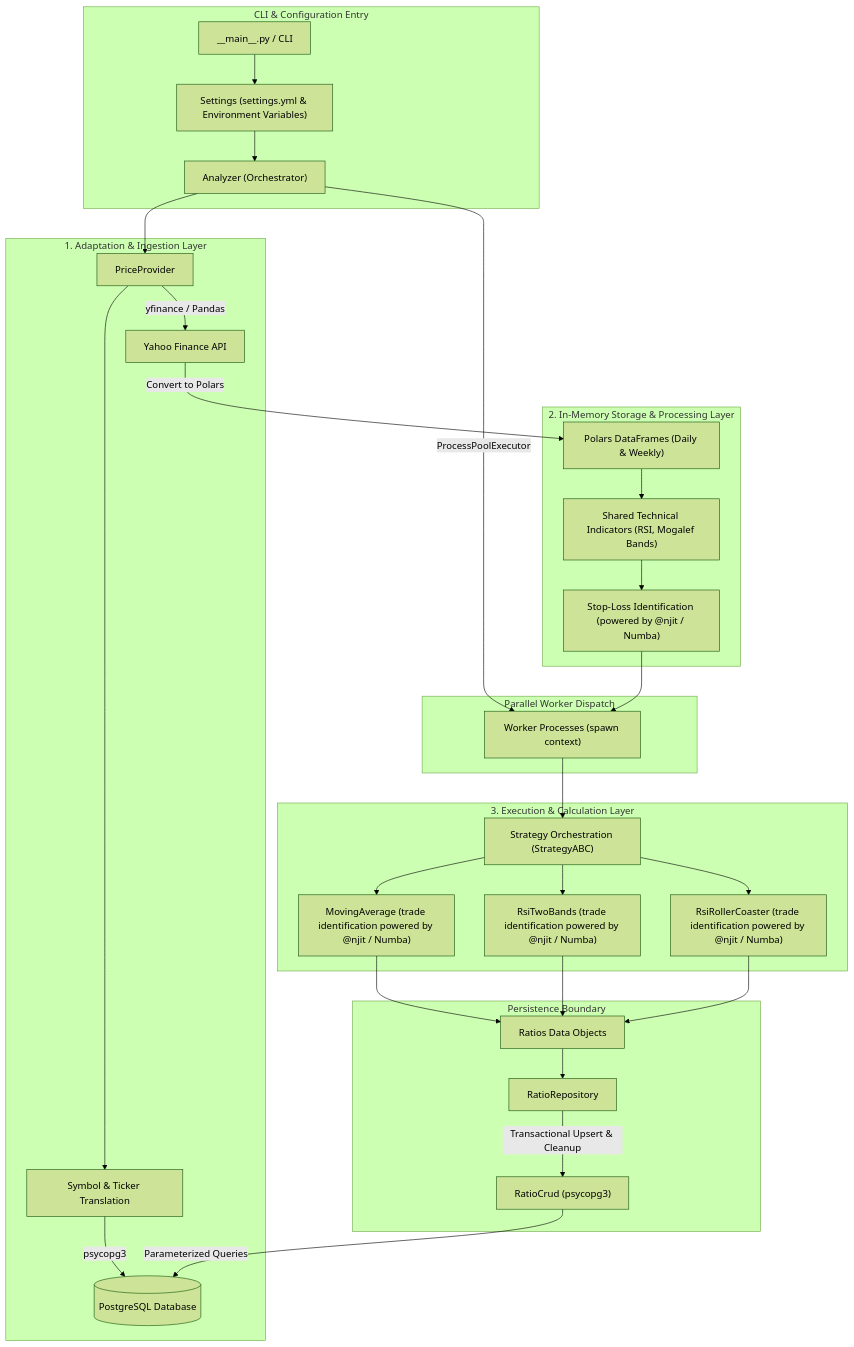
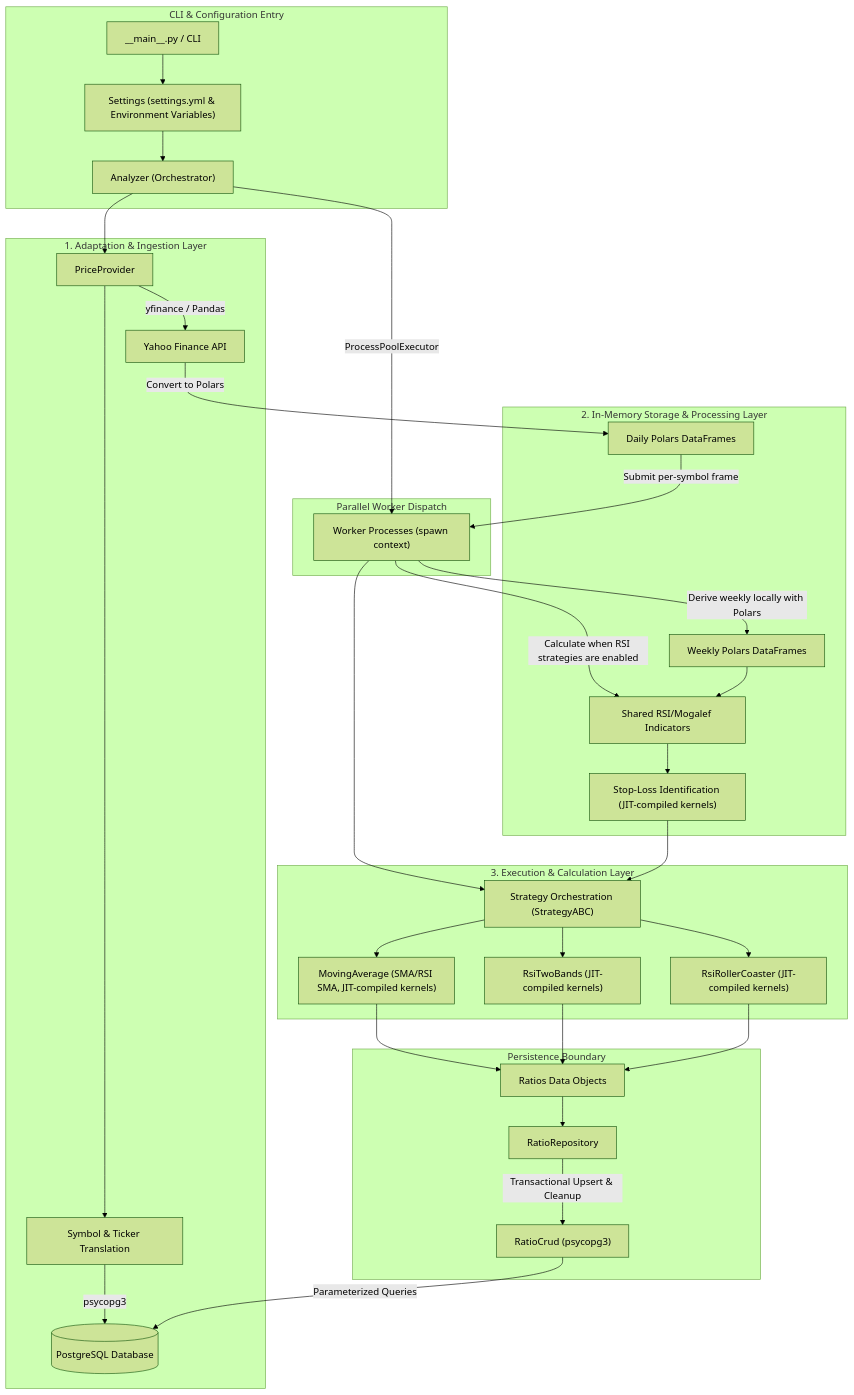
The diagram in README.md (NestorDR/radar-core), drawn with Mermaid (forest theme) before and after one commit. The commit also changed other lines of this file and 1 other file, not shown here.

Commit message:
Refine README to enhance accuracy of technical descriptions and architecture details.

````diff
--- a/README.md
+++ b/README.md
@@ -80,41 +80,44 @@
 ```mermaid
 flowchart TD
     subgraph CLI ["CLI & Configuration Entry"]
         Main["__main__.py / CLI"] --> Settings["Settings (settings.yml & Environment Variables)"]
         Settings --> Analyzer["Analyzer (Orchestrator)"]
     end
 
     subgraph DataIngestion ["1. Adaptation & Ingestion Layer"]
         Analyzer --> PriceProvider["PriceProvider"]
         PriceProvider --> SymbolMapping["Symbol & Ticker Translation"]
         SymbolMapping -->|psycopg3| DB[("PostgreSQL Database")]
         PriceProvider -->|yfinance / Pandas| YFinance["Yahoo Finance API"]
     end
 
-    subgraph Storage ["2. In-Memory Storage & Processing Layer"]
-        YFinance -->|Convert to Polars| PolarsData["Polars DataFrames (Daily & Weekly)"]
-        PolarsData --> TechnicalIndicators["Shared Technical Indicators (RSI, Mogalef Bands)"]
-        TechnicalIndicators --> StopLoss["Stop-Loss Identification (powered by @njit / Numba)"]
+    subgraph Concurrency ["Parallel Worker Dispatch"]
+        Analyzer -->|ProcessPoolExecutor| ParallelWorkers["Worker Processes (spawn context)"]
     end
 
-    subgraph Concurrency ["Parallel Worker Dispatch"]
-        Analyzer -->|ProcessPoolExecutor| ParallelWorkers["Worker Processes (spawn context)"]
-        StopLoss --> ParallelWorkers
+    subgraph Storage ["2. In-Memory Storage & Processing Layer"]
+        YFinance -->|Convert to Polars| DailyPolarsData["Daily Polars DataFrames"]
+        DailyPolarsData -->|Submit per-symbol frame| ParallelWorkers
+        ParallelWorkers -->|Derive weekly locally with Polars| PolarsWeeklyData["Weekly Polars DataFrames"]
+        ParallelWorkers -->|Calculate when RSI strategies are enabled| TechnicalIndicators["Shared RSI/Mogalef Indicators"]
+        PolarsWeeklyData --> TechnicalIndicators
+        TechnicalIndicators --> StopLoss["Stop-Loss Identification (JIT-compiled kernels)"]
     end
 
     subgraph Execution ["3. Execution & Calculation Layer"]
         ParallelWorkers --> StrategyOrch["Strategy Orchestration (StrategyABC)"]
-        StrategyOrch --> MA["MovingAverage (trade identification powered by @njit / Numba)"]
-        StrategyOrch --> RSI2B["RsiTwoBands (trade identification powered by @njit / Numba)"]
-        StrategyOrch --> RSIRC["RsiRollerCoaster (trade identification powered by @njit / Numba)"]
+        StopLoss --> StrategyOrch
+        StrategyOrch --> MA["MovingAverage (SMA/RSI SMA, JIT-compiled kernels)"]
+        StrategyOrch --> RSI2B["RsiTwoBands (JIT-compiled kernels)"]
+        StrategyOrch --> RSIRC["RsiRollerCoaster (JIT-compiled kernels)"]
     end
 
     subgraph Persistence ["Persistence Boundary"]
         MA --> RatiosOutput["Ratios Data Objects"]
         RSI2B --> RatiosOutput
         RSIRC --> RatiosOutput
         RatiosOutput --> RatioRepo["RatioRepository"]
         RatioRepo -->|Transactional Upsert & Cleanup| RatioCrud["RatioCrud (psycopg3)"]
         RatioCrud -->|Parameterized Queries| DB
     end
 ```
````
